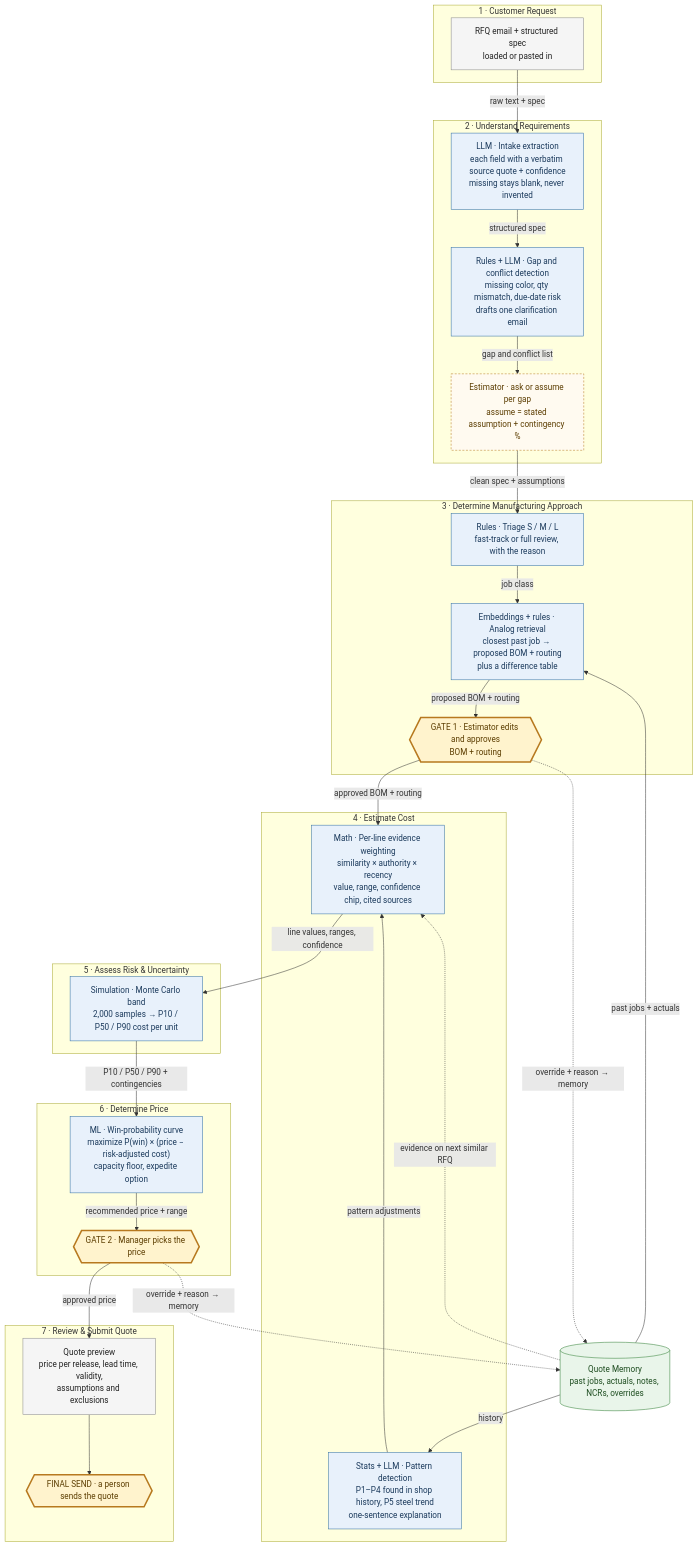
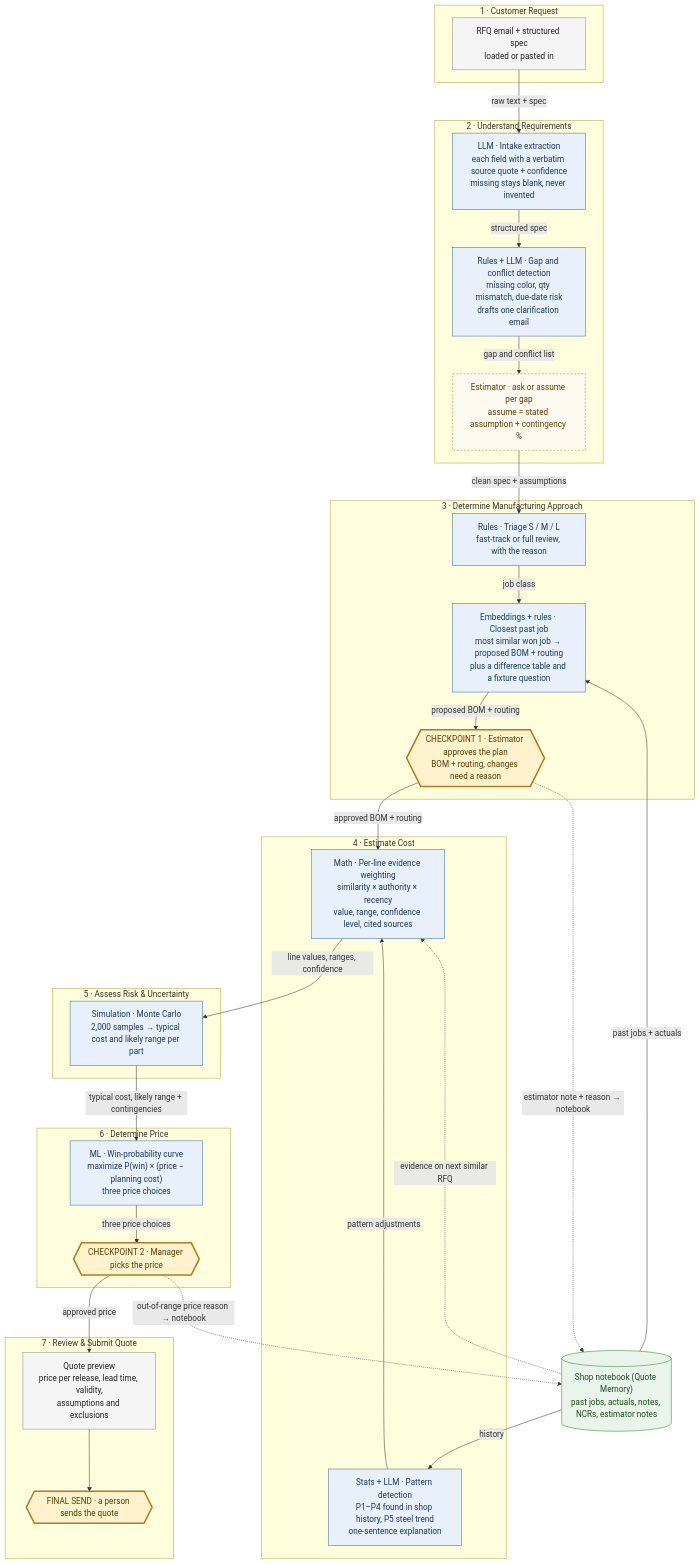
The diagram in docs/process_future.md (qepadratzik/Ivy-Hackathon-26), drawn with Mermaid before and after one commit. The commit also changed other lines of this file and 4 other files, not shown here.

First line of the commit message:
phase S3 (part 2): reference docs synced to the simplified shop and five-step UI

````diff
--- a/docs/process_future.md
+++ b/docs/process_future.md
@@ -7,63 +7,63 @@
 ```mermaid
 flowchart TD
     subgraph ST1["1 · Customer Request"]
         RFQ["RFQ email + structured spec<br/>loaded or pasted in"]
     end
     subgraph ST2["2 · Understand Requirements"]
         AI1["LLM · Intake extraction<br/>each field with a verbatim source quote + confidence<br/>missing stays blank, never invented"]
         AI2["Rules + LLM · Gap and conflict detection<br/>missing color, qty mismatch, due-date risk<br/>drafts one clarification email"]
         H1["Estimator · ask or assume per gap<br/>assume = stated assumption + contingency %"]
     end
     subgraph ST3["3 · Determine Manufacturing Approach"]
         AI3["Rules · Triage S / M / L<br/>fast-track or full review, with the reason"]
-        AI4["Embeddings + rules · Analog retrieval<br/>closest past job → proposed BOM + routing<br/>plus a difference table"]
-        G1{{"GATE 1 · Estimator edits and approves<br/>BOM + routing"}}
+        AI4["Embeddings + rules · Closest past job<br/>most similar won job → proposed BOM + routing<br/>plus a difference table and a fixture question"]
+        G1{{"CHECKPOINT 1 · Estimator approves the plan<br/>BOM + routing, changes need a reason"}}
     end
     subgraph ST4["4 · Estimate Cost"]
         AI6["Stats + LLM · Pattern detection<br/>P1–P4 found in shop history, P5 steel trend<br/>one-sentence explanation"]
-        AI5["Math · Per-line evidence weighting<br/>similarity × authority × recency<br/>value, range, confidence chip, cited sources"]
+        AI5["Math · Per-line evidence weighting<br/>similarity × authority × recency<br/>value, range, confidence level, cited sources"]
     end
     subgraph ST5["5 · Assess Risk & Uncertainty"]
-        AI7["Simulation · Monte Carlo band<br/>2,000 samples → P10 / P50 / P90 cost per unit"]
+        AI7["Simulation · Monte Carlo<br/>2,000 samples → typical cost and likely range per part"]
     end
     subgraph ST6["6 · Determine Price"]
-        AI8["ML · Win-probability curve<br/>maximize P(win) × (price − risk-adjusted cost)<br/>capacity floor, expedite option"]
-        G2{{"GATE 2 · Manager picks the price"}}
+        AI8["ML · Win-probability curve<br/>maximize P(win) × (price − planning cost)<br/>three price choices"]
+        G2{{"CHECKPOINT 2 · Manager picks the price"}}
     end
     subgraph ST7["7 · Review & Submit Quote"]
         QP["Quote preview<br/>price per release, lead time, validity,<br/>assumptions and exclusions"]
         SEND{{"FINAL SEND · a person sends the quote"}}
     end
-    MEM[("Quote Memory<br/>past jobs, actuals, notes, NCRs, overrides")]
+    MEM[("Shop notebook (Quote Memory)<br/>past jobs, actuals, notes, NCRs, estimator notes")]
 
     RFQ -->|"raw text + spec"| AI1
     AI1 -->|"structured spec"| AI2
     AI2 -->|"gap and conflict list"| H1
     H1 -->|"clean spec + assumptions"| AI3
     AI3 -->|"job class"| AI4
     AI4 -->|"proposed BOM + routing"| G1
     G1 -->|"approved BOM + routing"| AI5
     AI6 -->|"pattern adjustments"| AI5
     AI5 -->|"line values, ranges, confidence"| AI7
-    AI7 -->|"P10 / P50 / P90 + contingencies"| AI8
-    AI8 -->|"recommended price + range"| G2
+    AI7 -->|"typical cost, likely range + contingencies"| AI8
+    AI8 -->|"three price choices"| G2
     G2 -->|"approved price"| QP
     QP --> SEND
 
     MEM -->|"past jobs + actuals"| AI4
     MEM -->|"history"| AI6
-    G1 -.->|"override + reason → memory"| MEM
-    G2 -.->|"override + reason → memory"| MEM
+    G1 -.->|"estimator note + reason → notebook"| MEM
+    G2 -.->|"out-of-range price reason → notebook"| MEM
     MEM -.->|"evidence on next similar RFQ"| AI5
 
     classDef ai fill:#e8f1fb,stroke:#2e6da4,color:#1b3a5c
     classDef gate fill:#fff3cd,stroke:#b7791f,stroke-width:3px,color:#5c3d00
     classDef human fill:#fffaf0,stroke:#b7791f,stroke-dasharray: 4 3,color:#5c3d00
     classDef store fill:#e9f5ea,stroke:#2f7d32,color:#1e4d20
     classDef plain fill:#f5f5f5,stroke:#888888,color:#222222
     class AI1,AI2,AI3,AI4,AI5,AI6,AI7,AI8 ai
     class G1,G2,SEND gate
     class H1 human
     class MEM store
     class RFQ,QP plain
 ```
````
